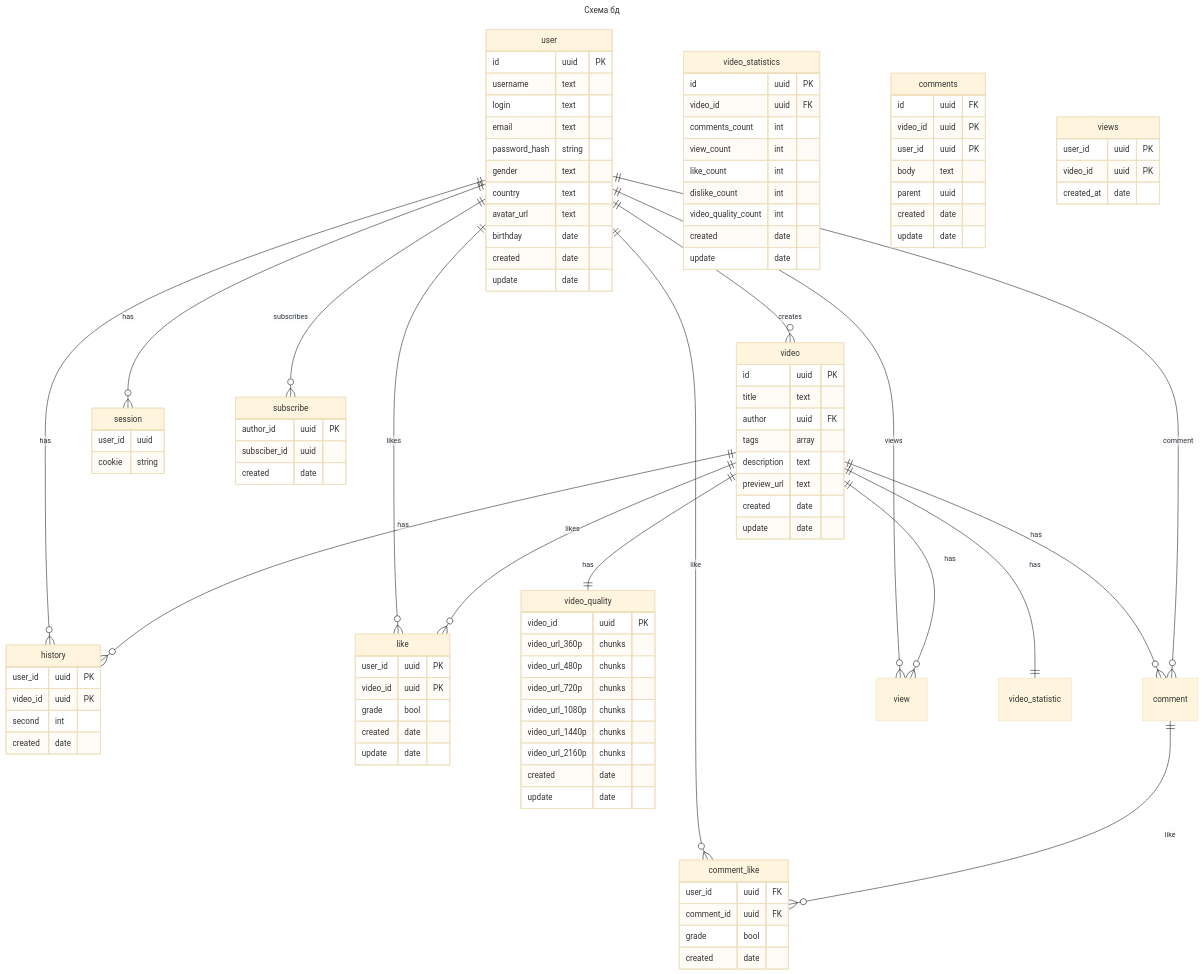
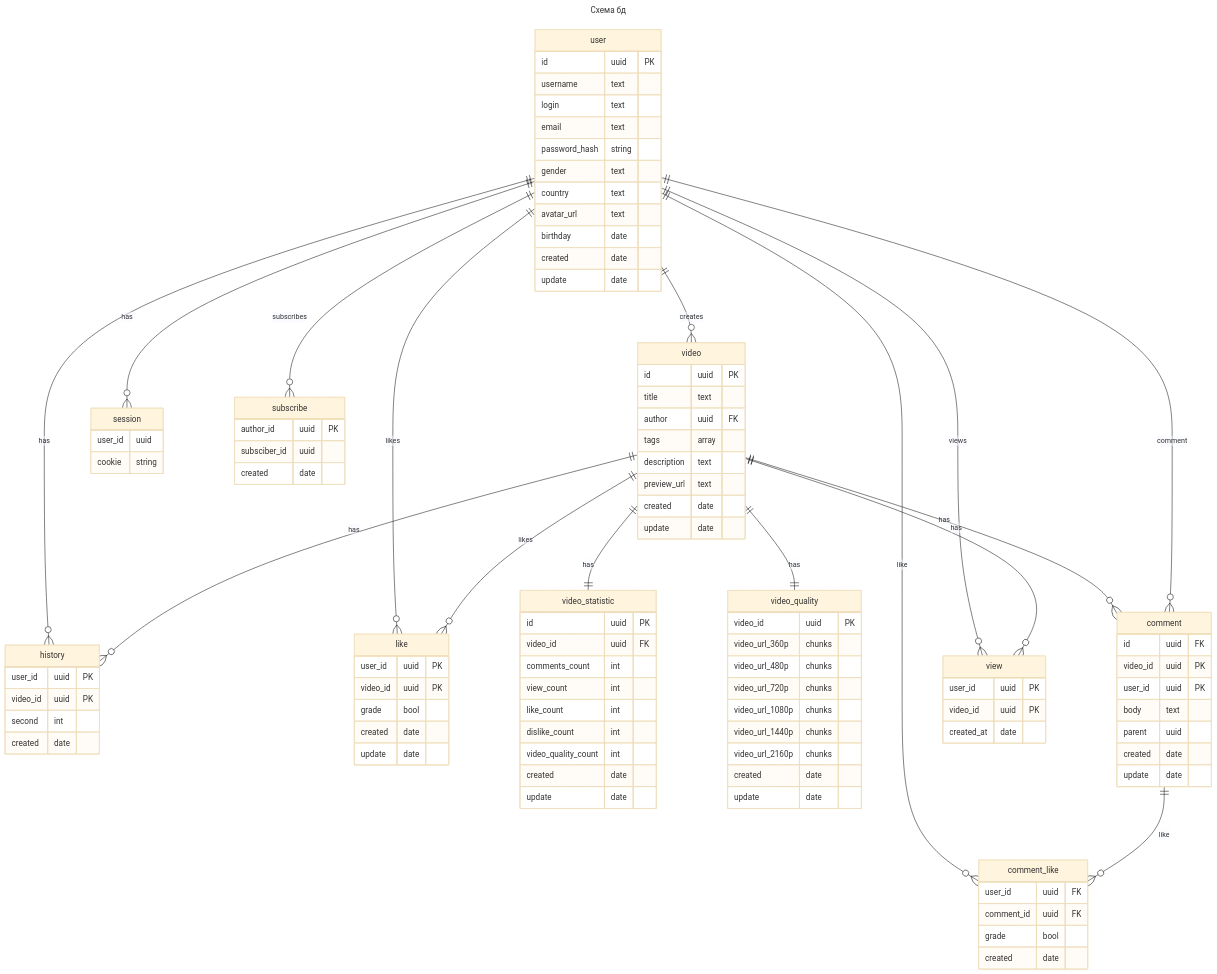
One commit to DmitriyKomarovCoder/higload-youtube changed the first of 7 diagrams in README.md. Above: the diagram before and after it, drawn with Mermaid (base theme). The commit also changed other lines of this file, not shown here.

```diff
--- a/README.md
+++ b/README.md
@@ -506,7 +506,7 @@
         created date
         update date
     }
-    video_statistics {
+    video_statistic {
         id uuid PK
         video_id uuid FK
         comments_count int
@@ -534,7 +534,7 @@
         grade bool
         created date
     }
-    comments {
+    comment {
         id uuid FK
         video_id uuid PK
         user_id uuid PK
@@ -548,7 +548,7 @@
         subsciber_id uuid
         created date
     }
-    views {
+    view {
         user_id uuid PK
         video_id uuid PK
         created_at date
```
